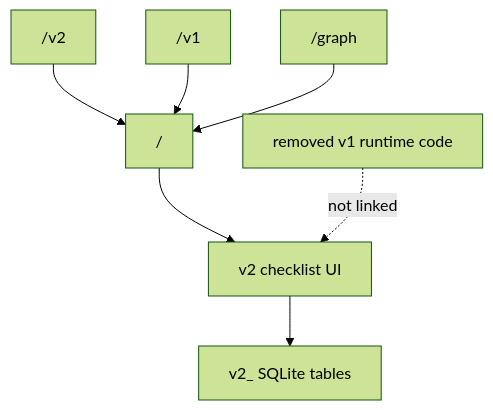
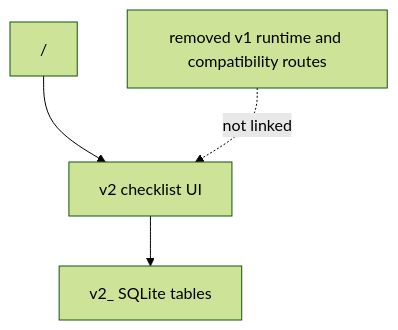
One commit to U-Keun/Tickly changed the diagram in docs/v2-notes/008-main-ui-transition.md. Above: the diagram before and after it, drawn with Mermaid (forest theme). The commit also changed other lines of this file and 14 other files, not shown here.

Commit message:
chore: remove compatibility routes

````diff
--- a/docs/v2-notes/008-main-ui-transition.md
+++ b/docs/v2-notes/008-main-ui-transition.md
@@ -21,9 +21,6 @@
 ```mermaid
 flowchart TB
   Root["/"] --> V2["v2 checklist UI"]
-  Alias["/v2"] --> Root
-  Legacy["/v1"] --> Root
-  OldGraph["/graph"] --> Root
   V2 --> V2Data["v2_ SQLite tables"]
-  Removed["removed v1 runtime code"] -. "not linked" .-> V2
+  Removed["removed v1 runtime and compatibility routes"] -. "not linked" .-> V2
 ```
````
